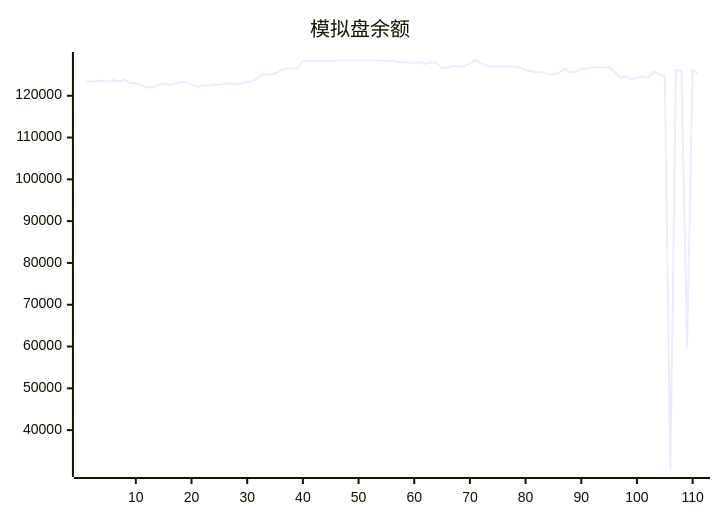
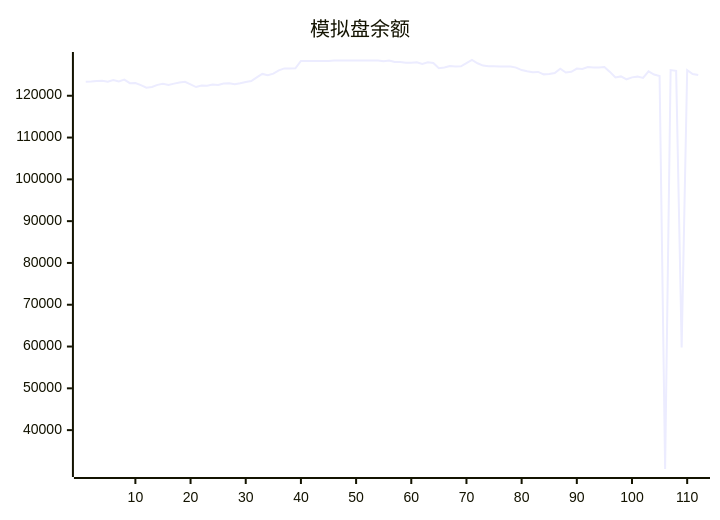
The diagram in README.md (aahl/ai-trading), drawn with Mermaid before and after one commit. The commit also changed other lines of this file and 1 other file, not shown here.

````diff
--- a/README.md
+++ b/README.md
@@ -5,5 +5,5 @@
 ```mermaid
 xychart
     title "模拟盘余额"
-    line [123338,123402,123530,123592,123378,123745,123413,123853,123009,123040,122557,121938,122095,122599,122856,122597,122898,123160,123319,122719,122087,122454,122416,122685,122592,122907,122961,122776,122981,123295,123507,124403,125224,124894,125303,126088,126544,126534,126549,128335,128318,128318,128318,128318,128318,128424,128424,128424,128424,128424,128424,128424,128424,128424,128247,128412,128062,128087,127917,127901,128026,127611,128000,127850,126572,126770,127100,126971,127029,127783,128554,127765,127224,127064,127044,127009,127025,127004,126738,126152,125871,125635,125707,125117,125217,125420,126480,125545,125715,126511,126424,126856,126764,126788,126890,125710,124381,124632,123936,124402,124574,124256,125833,125070,124739,30700,126154,125966,59800,126145,125213]
+    line [123338,123402,123530,123592,123378,123745,123413,123853,123009,123040,122557,121938,122095,122599,122856,122597,122898,123160,123319,122719,122087,122454,122416,122685,122592,122907,122961,122776,122981,123295,123507,124403,125224,124894,125303,126088,126544,126534,126549,128335,128318,128318,128318,128318,128318,128424,128424,128424,128424,128424,128424,128424,128424,128424,128247,128412,128062,128087,127917,127901,128026,127611,128000,127850,126572,126770,127100,126971,127029,127783,128554,127765,127224,127064,127044,127009,127025,127004,126738,126152,125871,125635,125707,125117,125217,125420,126480,125545,125715,126511,126424,126856,126764,126788,126890,125710,124381,124632,123936,124402,124574,124256,125833,125070,124739,30700,126154,125966,59800,126145,125213,124943]
 ```
````
